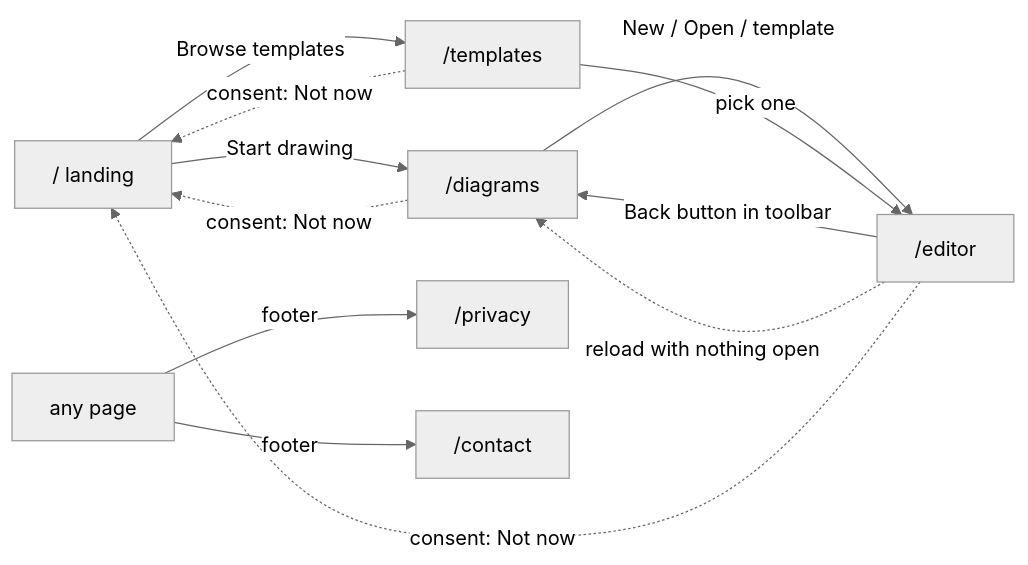
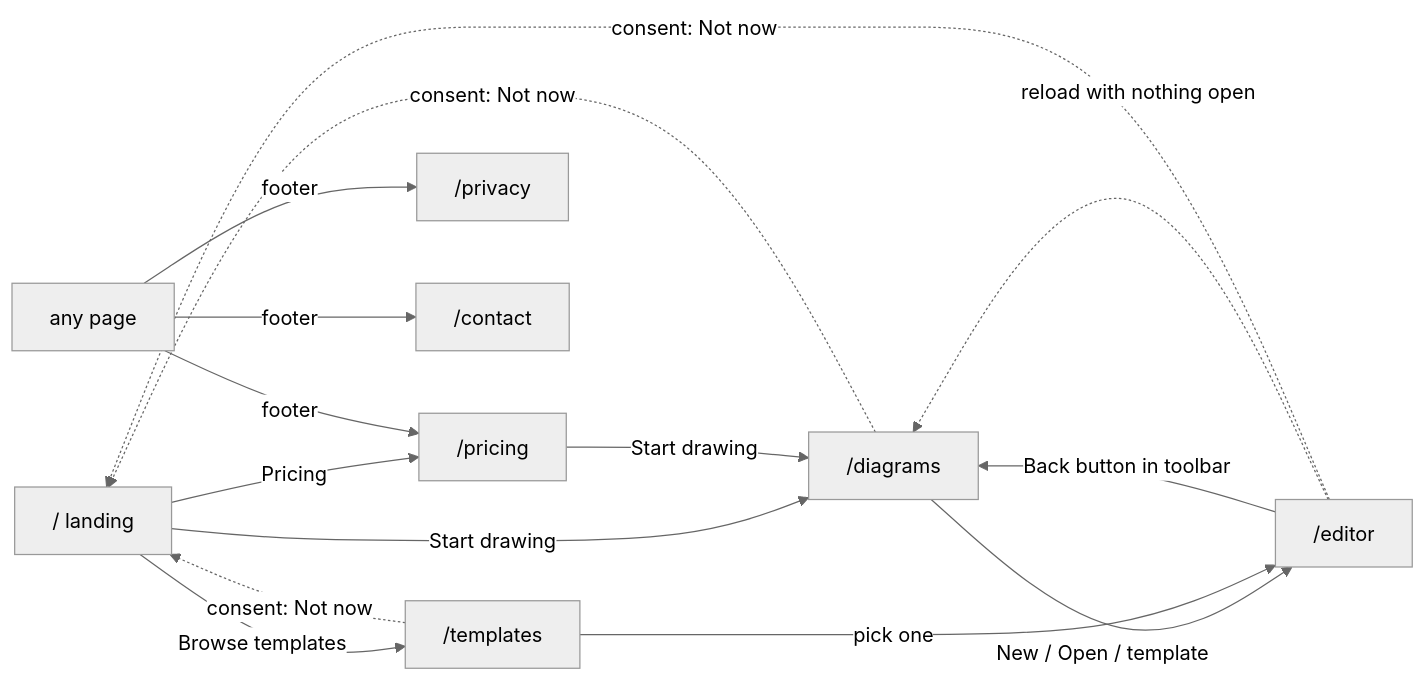
One commit to SomavateyHeng7/Building-Block changed the diagram in docs/03-routing.md. Above: the diagram before and after it, drawn with Mermaid (neutral theme). The commit also changed other lines of this file and 31 other files, not shown here.

Commit message:
add subscription and fix sequence diagram

````diff
--- a/docs/03-routing.md
+++ b/docs/03-routing.md
@@ -27,11 +28,13 @@
 ```mermaid
 flowchart LR
   Landing["/ landing"] -->|Start drawing| Start["/diagrams"]
   Landing -->|Browse templates| Templates["/templates"]
   Start -->|New / Open / template| Editor["/editor"]
   Templates -->|pick one| Editor
   Editor -->|Back button in toolbar| Start
   Editor -.->|reload with nothing open| Start
   Start & Templates & Editor -.->|consent: Not now| Landing
-  Any["any page"] -->|footer| Privacy["/privacy"] & Contact["/contact"]
+  Landing -->|Pricing| Pricing["/pricing"]
+  Pricing -->|Start drawing| Start
+  Any["any page"] -->|footer| Privacy["/privacy"] & Contact["/contact"] & Pricing
 ```
````
